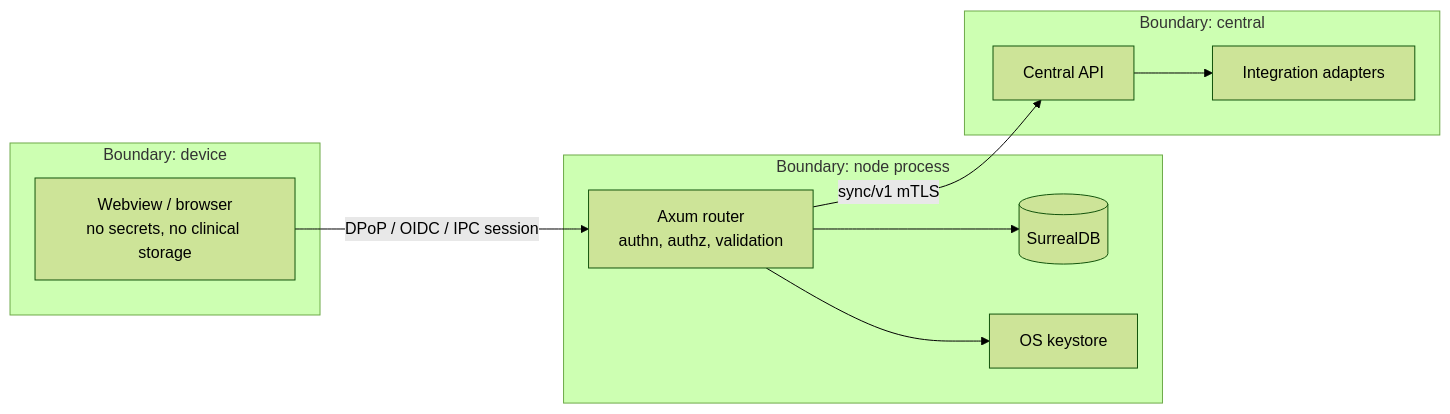
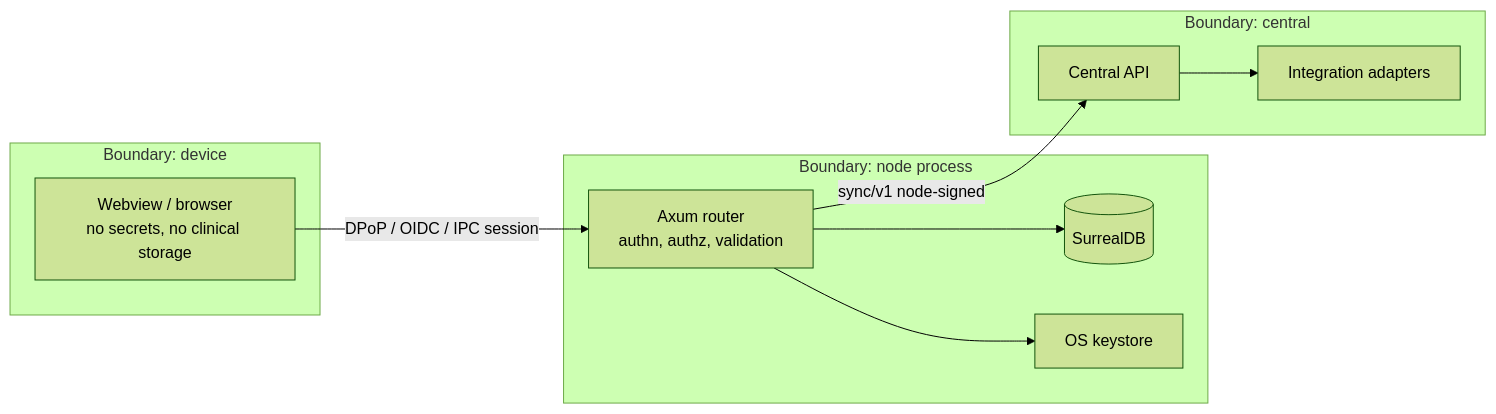
The second of 2 diagrams in docs/architecture/deployment-topology.md (carapai/people-centered-healthcare), drawn with Mermaid (forest theme) before and after one commit. The commit also changed other lines of this file and 34 other files, not shown here.

First line of the commit message:
feat(sync): /sync/v1 at central and the edge's sync task, node-signed requests (ADR 0062, #81) (#366)

````diff
--- a/docs/architecture/deployment-topology.md
+++ b/docs/architecture/deployment-topology.md
@@ -63,20 +63,20 @@
 ```mermaid
 flowchart LR
   subgraph TB1[Boundary: device]
     UI[Webview / browser<br/>no secrets, no clinical storage]
   end
   subgraph TB2[Boundary: node process]
     API[Axum router<br/>authn, authz, validation]
     DB[(SurrealDB)]
     KS[OS keystore]
   end
   subgraph TB3[Boundary: central]
     CAPI[Central API]
     EXT[Integration adapters]
   end
   UI -- DPoP / OIDC / IPC session --> API
   API --> DB
   API --> KS
-  API -- sync/v1 mTLS --> CAPI
+  API -- sync/v1 node-signed --> CAPI
   CAPI --> EXT
 ```
````
